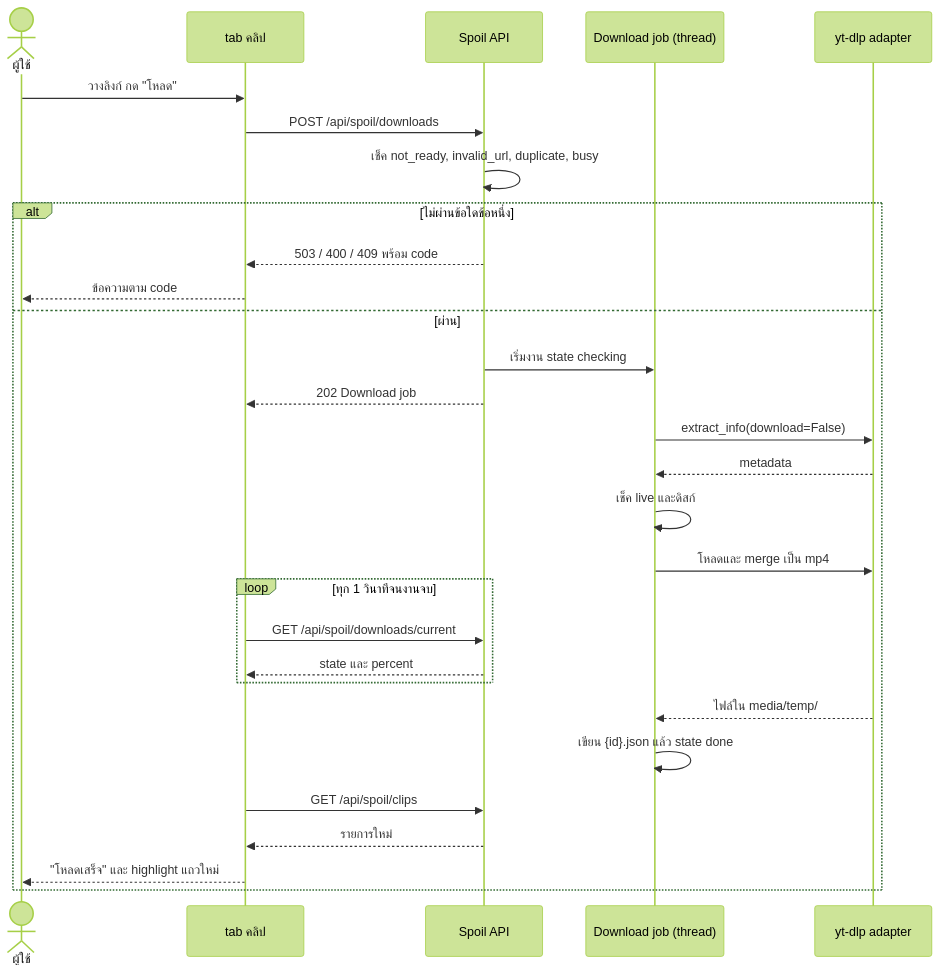
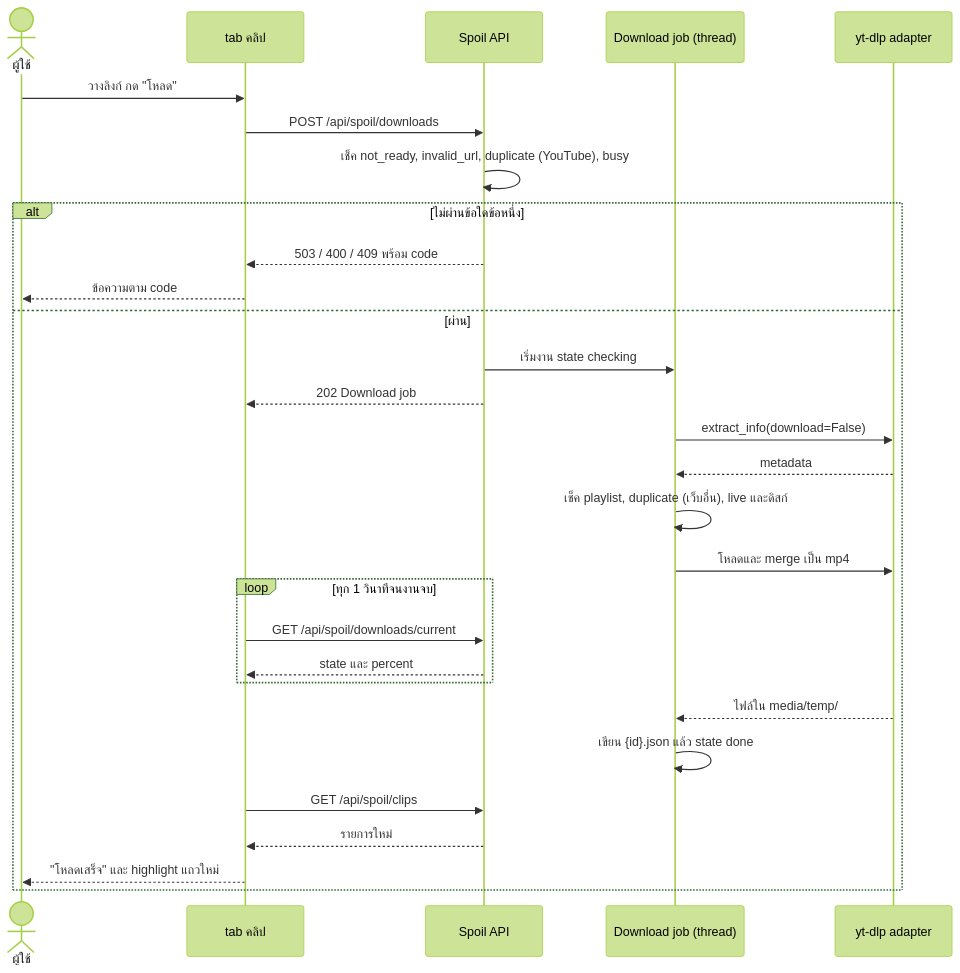
One commit to mousemouse094526/framecraft changed the first of 6 diagrams in docs/features/spoil/flow.md. Above: the diagram before and after it, drawn with Mermaid (forest theme). The commit also changed other lines of this file and 16 other files, not shown here.

````diff
--- a/docs/features/spoil/flow.md
+++ b/docs/features/spoil/flow.md
@@ -14,32 +15,32 @@
 ```mermaid
 sequenceDiagram
     actor U as ผู้ใช้
     participant W as tab คลิป
     participant A as Spoil API
     participant J as Download job (thread)
     participant Y as yt-dlp adapter
 
     U->>W: วางลิงก์ กด "โหลด"
     W->>A: POST /api/spoil/downloads
-    A->>A: เช็ค not_ready, invalid_url, duplicate, busy
+    A->>A: เช็ค not_ready, invalid_url, duplicate (YouTube), busy
     alt ไม่ผ่านข้อใดข้อหนึ่ง
         A-->>W: 503 / 400 / 409 พร้อม code
         W-->>U: ข้อความตาม code
     else ผ่าน
         A->>J: เริ่มงาน state checking
         A-->>W: 202 Download job
         J->>Y: extract_info(download=False)
         Y-->>J: metadata
-        J->>J: เช็ค live และดิสก์
+        J->>J: เช็ค playlist, duplicate (เว็บอื่น), live และดิสก์
         J->>Y: โหลดและ merge เป็น mp4
         loop ทุก 1 วินาทีจนงานจบ
             W->>A: GET /api/spoil/downloads/current
             A-->>W: state และ percent
         end
         Y-->>J: ไฟล์ใน media/temp/
         J->>J: เขียน {id}.json แล้ว state done
         W->>A: GET /api/spoil/clips
         A-->>W: รายการใหม่
         W-->>U: "โหลดเสร็จ" และ highlight แถวใหม่
     end
 ```
````
